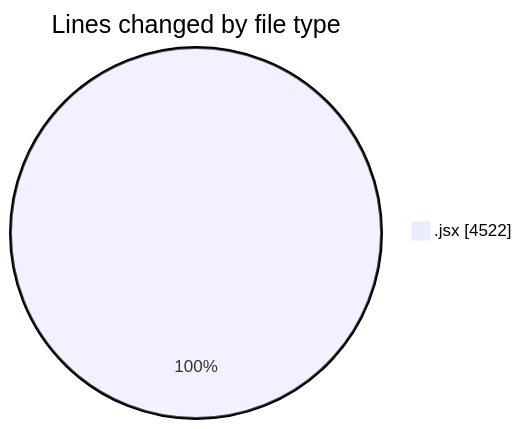
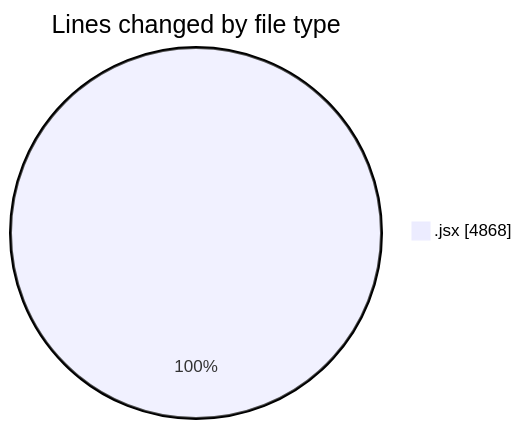
One commit to nxtqubesakshisongat/code-tracking changed the first of 2 diagrams in 2025-09-28/nxtqube_webapp/README.md. Above: the diagram before and after it, drawn with Mermaid. The commit also changed other lines of this file and 1 other file, not shown here.

````diff
--- a/2025-09-28/nxtqube_webapp/README.md
+++ b/2025-09-28/nxtqube_webapp/README.md
@@ -21,5 +21,5 @@
 ```mermaid
 pie showData
 title Lines changed by file type
-".jsx" : 4522
+".jsx" : 4868
 ```
````
